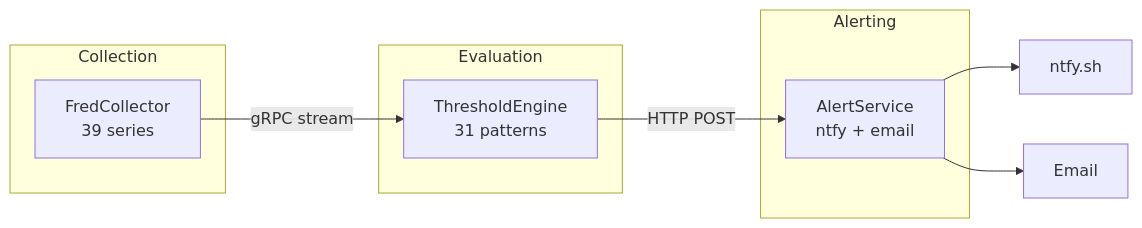
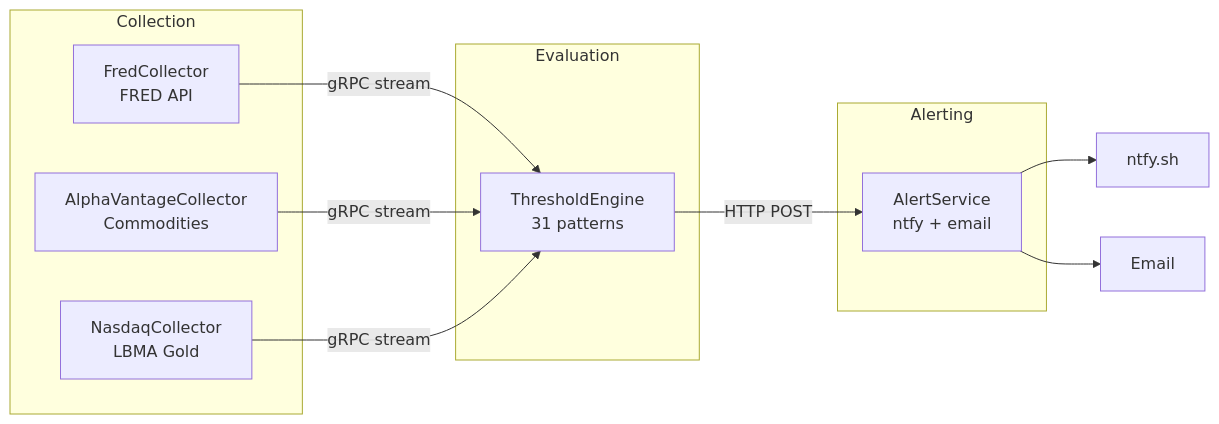
The first of 2 diagrams in docs/ARCHITECTURE.md (jpansarasa/ATLAS-Docs), drawn with Mermaid before and after one commit. The commit also changed other lines of this file and 5 other files, not shown here.

````diff
--- a/docs/ARCHITECTURE.md
+++ b/docs/ARCHITECTURE.md
@@ -7,19 +7,23 @@
 ```mermaid
 flowchart LR
     subgraph Collection
-        FC[FredCollector<br/>39 series]
+        FC[FredCollector<br/>FRED API]
+        AV[AlphaVantageCollector<br/>Commodities]
+        NC[NasdaqCollector<br/>LBMA Gold]
     end
 
     subgraph Evaluation
         TE[ThresholdEngine<br/>31 patterns]
     end
 
     subgraph Alerting
         AS[AlertService<br/>ntfy + email]
     end
 
     FC -->|gRPC stream| TE
+    AV -->|gRPC stream| TE
+    NC -->|gRPC stream| TE
     TE -->|HTTP POST| AS
     AS --> N[ntfy.sh]
     AS --> E[Email]
 ```
````
